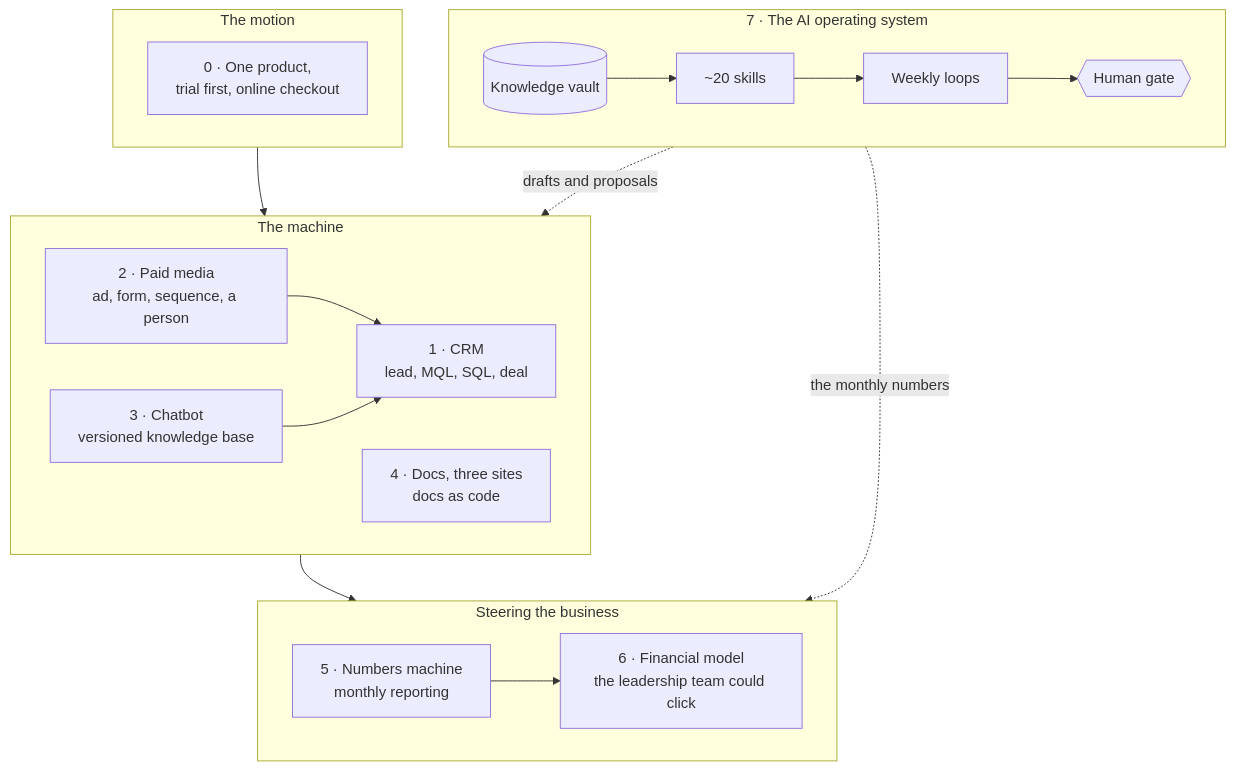
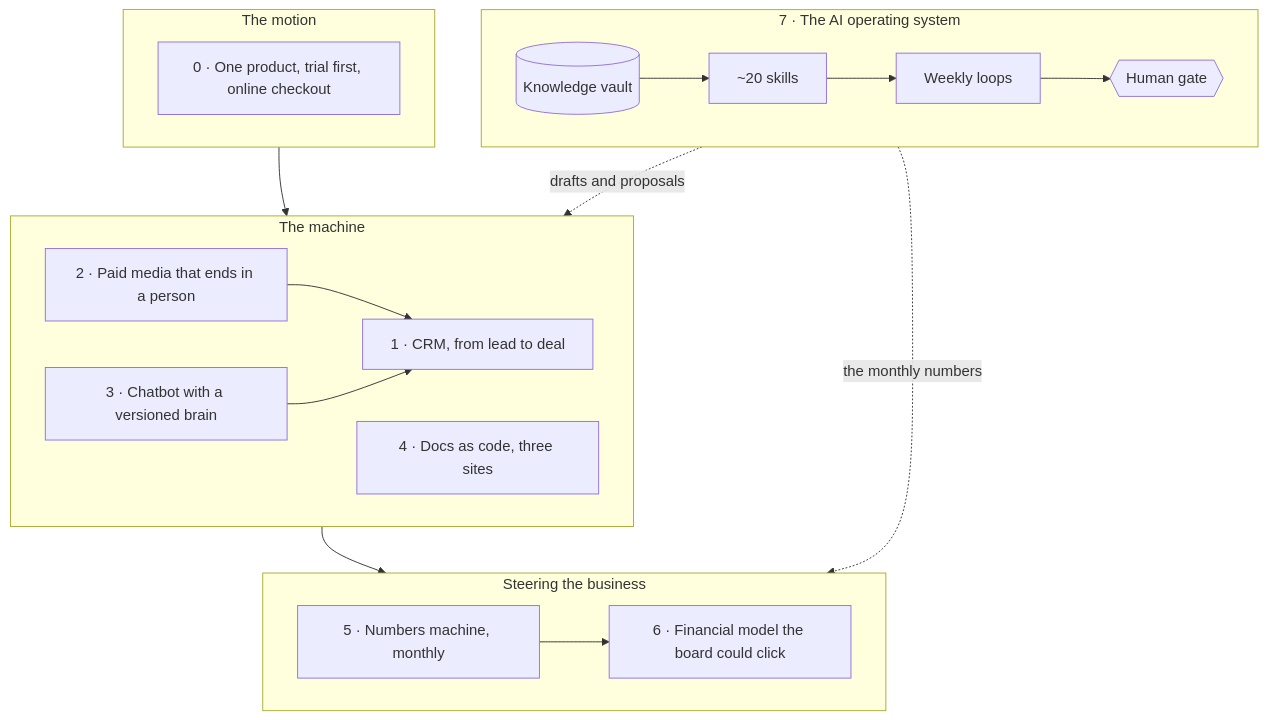
Before and after one commit to nunomnferreirapt/ai-operated-growth-engine: the diagram in README.md, drawn with Mermaid. The commit also changed 1 other file, not shown here.

Commit message:
Diagrams: one line per box, GitHub clips multi-line labels; the weekly chain drawn as stages
Claude-Session: https://claude.ai/code/session_013vAMTruojjzTuNGSxvVixS

````diff
--- a/README.md
+++ b/README.md
@@ -11,31 +11,23 @@
 ```mermaid
 flowchart TB
     subgraph OS["7 · The AI operating system"]
         direction LR
         V[("Knowledge vault")] --> SK["~20 skills"] --> L["Weekly loops"] --> G{{"Human gate"}}
     end
     subgraph MO["The motion"]
-        direction LR
-        C0["`0 · One product,
-trial first, online checkout`"]
+        C0["0 · One product, trial first, online checkout"]
     end
     subgraph MA["The machine"]
         direction LR
-        C2["`2 · Paid media
-ad, form, sequence, a person`"] --> C1["`1 · CRM
-lead, MQL, SQL, deal`"]
-        C3["`3 · Chatbot
-versioned knowledge base`"] --> C1
-        C4["`4 · Docs, three sites
-docs as code`"]
+        C2["2 · Paid media that ends in a person"] --> C1["1 · CRM, from lead to deal"]
+        C3["3 · Chatbot with a versioned brain"] --> C1
+        C4["4 · Docs as code, three sites"]
     end
     subgraph ST["Steering the business"]
         direction LR
-        C5["`5 · Numbers machine
-monthly reporting`"] --> C6["`6 · Financial model
-the leadership team could click`"]
+        C5["5 · Numbers machine, monthly"] --> C6["6 · Financial model the board could click"]
     end
     MO --> MA --> ST
     OS -. drafts and proposals .-> MA
     OS -. the monthly numbers .-> ST
 ```
````
